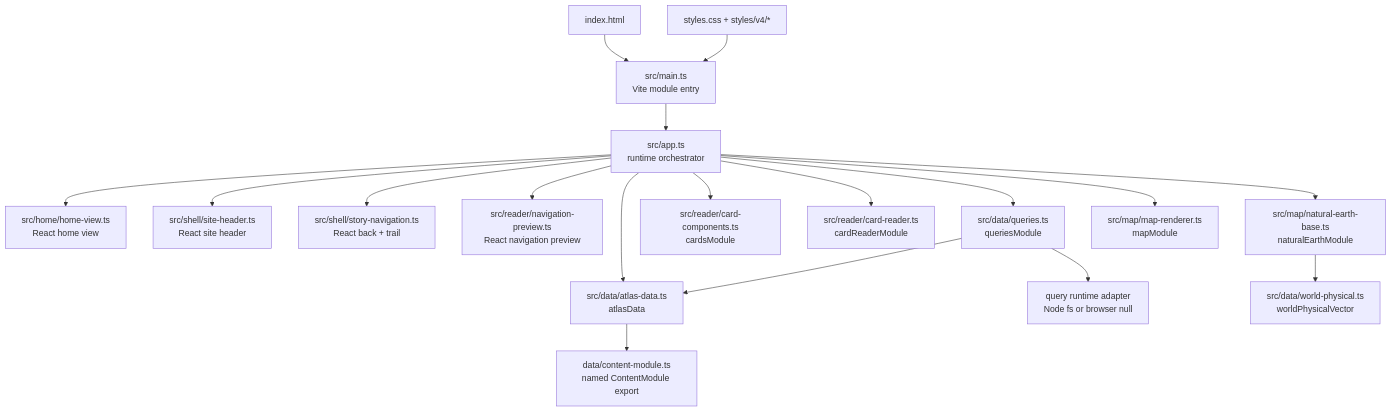
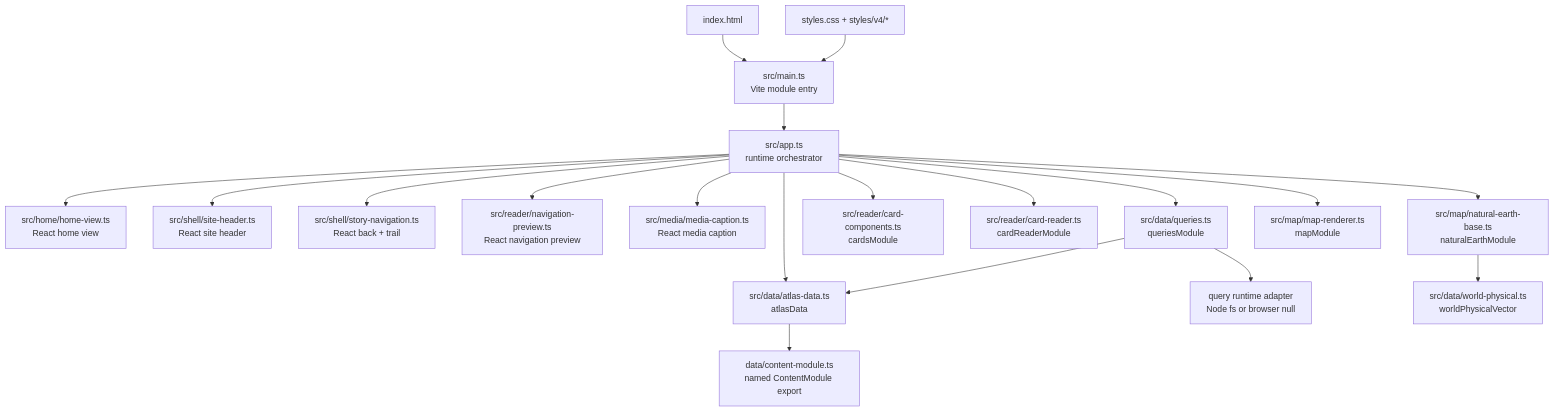
The first of 4 diagrams in docs/ARCHITECTURE_AND_DATA_MODEL.md (jiaxun-li/civilization-wander), drawn with Mermaid before and after one commit. The commit also changed other lines of this file and 8 other files, not shown here.

Commit message:
Migrate media captions to React

````diff
--- a/docs/ARCHITECTURE_AND_DATA_MODEL.md
+++ b/docs/ARCHITECTURE_AND_DATA_MODEL.md
@@ -33,20 +33,21 @@
 ```mermaid
 flowchart TD
     HTML["index.html"] --> ENTRY["src/main.ts\nVite module entry"]
     ENTRY --> A["src/app.ts\nruntime orchestrator"]
     A --> H["src/home/home-view.ts\nReact home view"]
     A --> SH["src/shell/site-header.ts\nReact site header"]
     A --> SN["src/shell/story-navigation.ts\nReact back + trail"]
     A --> NP["src/reader/navigation-preview.ts\nReact navigation preview"]
+    A --> MC["src/media/media-caption.ts\nReact media caption"]
     A --> D["src/data/atlas-data.ts\natlasData"]
     D --> CM["data/content-module.ts\nnamed ContentModule export"]
     Q["src/data/queries.ts\nqueriesModule"] --> D
     Q --> N["query runtime adapter\nNode fs or browser null"]
     A --> Q
     A --> C["src/reader/card-components.ts\ncardsModule"]
     A --> R["src/reader/card-reader.ts\ncardReaderModule"]
     A --> B["src/map/natural-earth-base.ts\nnaturalEarthModule"]
     B --> WP["src/data/world-physical.ts\nworldPhysicalVector"]
     A --> M["src/map/map-renderer.ts\nmapModule"]
     CSS["styles.css + styles/v4/*"] --> ENTRY
 ```
````
